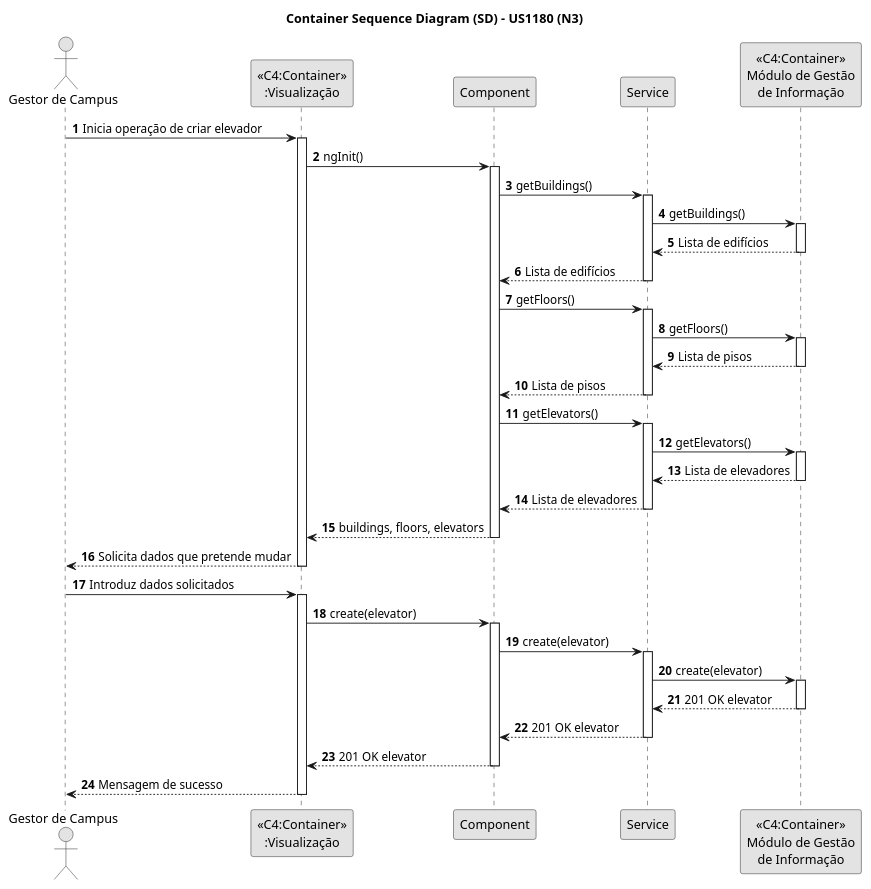
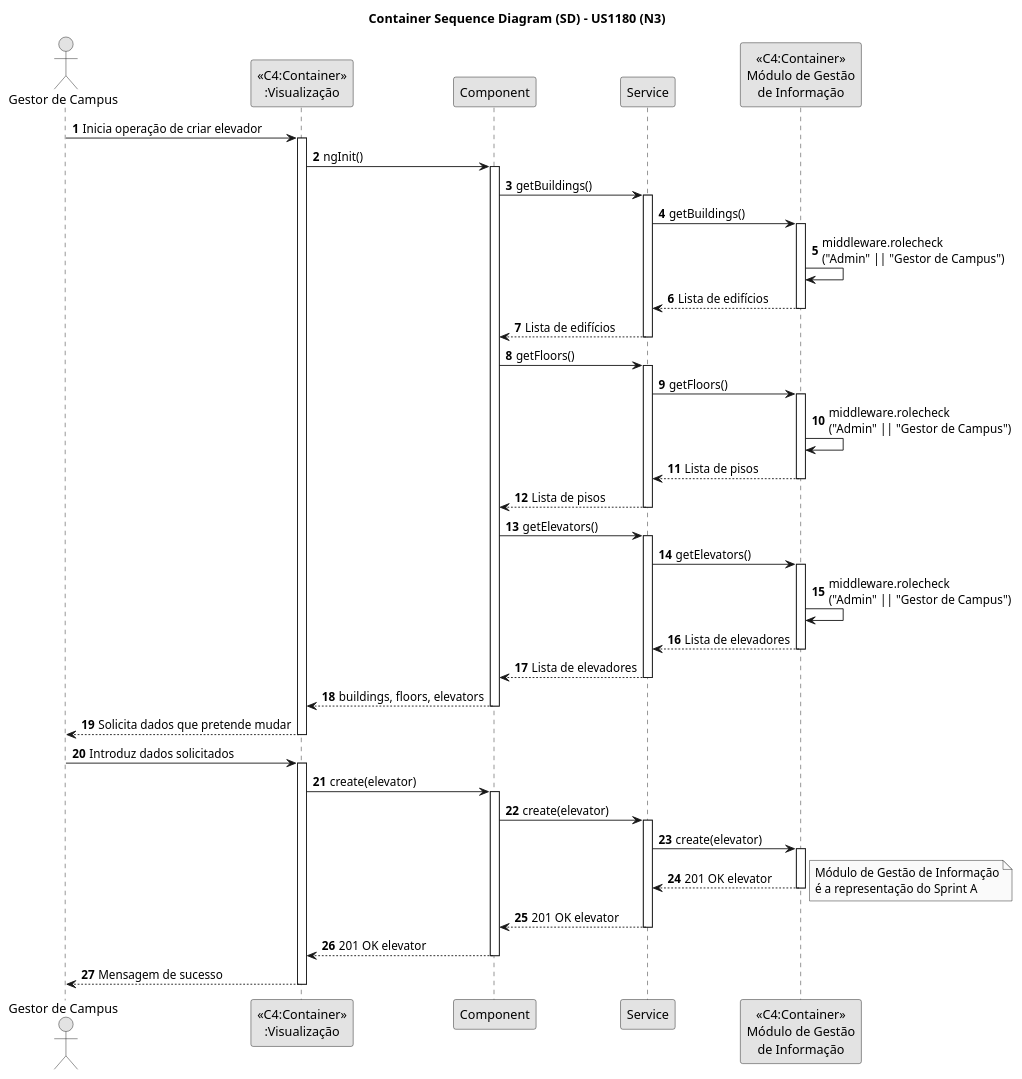
One commit to pedrocmesquita/RobDroneGo changed the diagram in docs/SprintB/1211171/us1130/SD-N3-US1130.puml. Above: the diagram before and after it, drawn with PlantUML. The commit also changed 36 other files, not shown here.

```diff
--- a/docs/SprintB/1211171/us1130/SD-N3-US1130.puml
+++ b/docs/SprintB/1211171/us1130/SD-N3-US1130.puml
@@ -1,67 +1,71 @@
 @startuml
 skinparam monochrome true
 skinparam packageStyle rectangle
 skinparam shadowing false
 
 title Container Sequence Diagram (SD) - US1180 (N3)
 
 autonumber
 
 actor "Gestor de Campus"
 
 "Gestor de Campus" -> "<<C4:Container>>\n:Visualização": Inicia operação de criar elevador
 activate "<<C4:Container>>\n:Visualização"
 "<<C4:Container>>\n:Visualização" -> Component: ngInit()
 activate Component
 Component -> Service: getBuildings()
 activate Service
 Service -> "<<C4:Container>>\nMódulo de Gestão\nde Informação" : getBuildings()
 activate "<<C4:Container>>\nMódulo de Gestão\nde Informação"
+"<<C4:Container>>\nMódulo de Gestão\nde Informação" -> "<<C4:Container>>\nMódulo de Gestão\nde Informação": middleware.rolecheck\n("Admin" || "Gestor de Campus")
 "<<C4:Container>>\nMódulo de Gestão\nde Informação" --> Service : Lista de edifícios
 deactivate "<<C4:Container>>\nMódulo de Gestão\nde Informação"
 Service --> Component : Lista de edifícios
 deactivate Service
 Component -> Service : getFloors()
 activate Service
 Service -> "<<C4:Container>>\nMódulo de Gestão\nde Informação" : getFloors()
 activate "<<C4:Container>>\nMódulo de Gestão\nde Informação"
+"<<C4:Container>>\nMódulo de Gestão\nde Informação" -> "<<C4:Container>>\nMódulo de Gestão\nde Informação": middleware.rolecheck\n("Admin" || "Gestor de Campus")
 "<<C4:Container>>\nMódulo de Gestão\nde Informação" --> Service : Lista de pisos
 deactivate "<<C4:Container>>\nMódulo de Gestão\nde Informação"
 Service --> Component : Lista de pisos
 deactivate Service
 Component -> Service : getElevators()
 activate Service
 
 Service -> "<<C4:Container>>\nMódulo de Gestão\nde Informação" : getElevators()
 activate "<<C4:Container>>\nMódulo de Gestão\nde Informação"
+"<<C4:Container>>\nMódulo de Gestão\nde Informação" -> "<<C4:Container>>\nMódulo de Gestão\nde Informação": middleware.rolecheck\n("Admin" || "Gestor de Campus")
 "<<C4:Container>>\nMódulo de Gestão\nde Informação" --> Service: Lista de elevadores
 deactivate "<<C4:Container>>\nMódulo de Gestão\nde Informação"
 Service --> Component: Lista de elevadores
 deactivate Service
 Component --> "<<C4:Container>>\n:Visualização" : buildings, floors, elevators
 deactivate Component
 
 "<<C4:Container>>\n:Visualização" --> "Gestor de Campus": Solicita dados que pretende mudar
 deactivate "<<C4:Container>>\n:Visualização"
 
 "Gestor de Campus" -> "<<C4:Container>>\n:Visualização": Introduz dados solicitados
 activate "<<C4:Container>>\n:Visualização"
 "<<C4:Container>>\n:Visualização" -> Component : create(elevator)
 activate Component
 Component -> Service : create(elevator)
 activate Service
 Service -> "<<C4:Container>>\nMódulo de Gestão\nde Informação" : create(elevator)
 
 activate "<<C4:Container>>\nMódulo de Gestão\nde Informação"
 "<<C4:Container>>\nMódulo de Gestão\nde Informação" --> Service: 201 OK elevator
 
 deactivate "<<C4:Container>>\nMódulo de Gestão\nde Informação"
+note right: Módulo de Gestão de Informação\né a representação do Sprint A
 Service --> Component: 201 OK elevator
 deactivate Service
 Component --> "<<C4:Container>>\n:Visualização" : 201 OK elevator
 deactivate Component
 deactivate "<<C4:Container>>\nMódulo de Gestão\nde Informação"
 "Gestor de Campus" <-- "<<C4:Container>>\n:Visualização": Mensagem de sucesso
 deactivate "<<C4:Container>>\n:Visualização"
 
 @enduml
```
